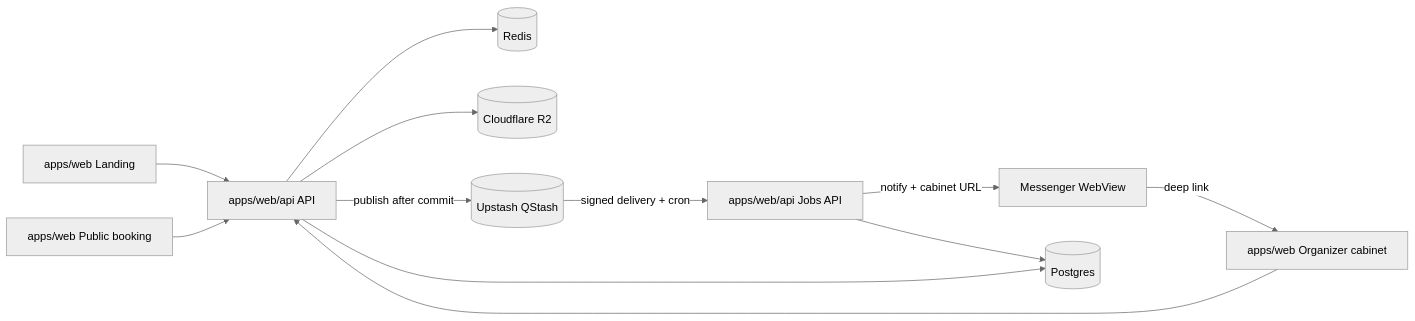
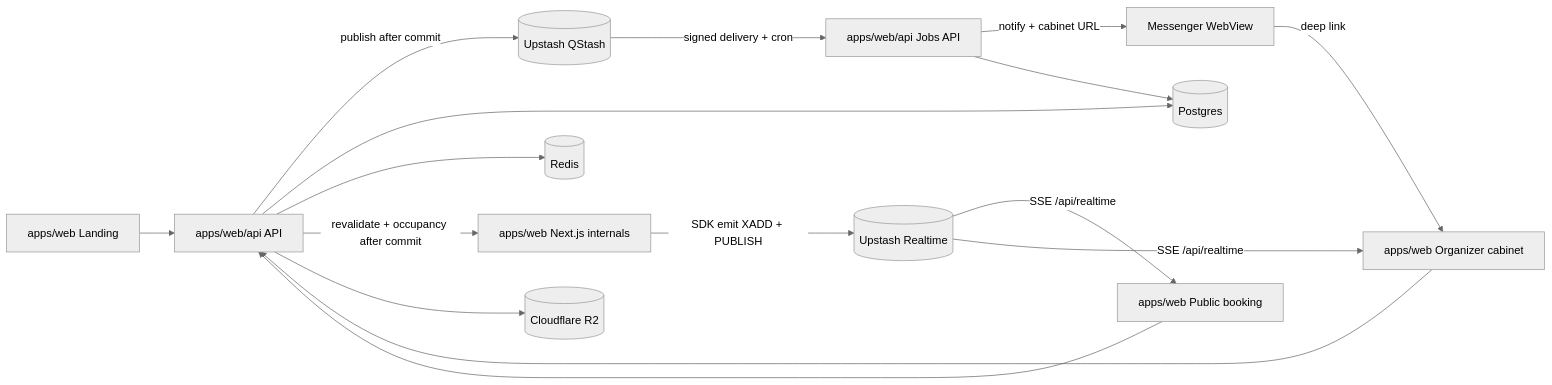
The diagram in docs/architecture.md (RM66/count-me-in), drawn with Mermaid (neutral theme) before and after one commit. The commit also changed other lines of this file and 81 other files, not shown here.

````diff
--- a/docs/architecture.md
+++ b/docs/architecture.md
@@ -19,25 +19,31 @@
 ```mermaid
 flowchart LR
   Landing[apps/web Landing]
   Public[apps/web Public booking]
   Cabinet[apps/web Organizer cabinet]
   Messenger[Messenger WebView]
   API[apps/web/api API]
   Jobs[apps/web/api Jobs API]
   DB[(Postgres)]
   Redis[(Redis)]
   R2[(Cloudflare R2)]
   QStash[(Upstash QStash)]
+  Realtime[(Upstash Realtime)]
+  Next[apps/web Next.js internals]
 
   Landing --> API
   Public --> API
   Cabinet --> API
   Messenger -->|"deep link"| Cabinet
   API -->|"publish after commit"| QStash
   QStash -->|"signed delivery + cron"| Jobs
   Jobs -->|"notify + cabinet URL"| Messenger
   Jobs --> DB
   API --> DB
   API --> Redis
+  API -->|"revalidate + occupancy after commit"| Next
+  Next -->|"SDK emit XADD + PUBLISH"| Realtime
+  Realtime -->|"SSE /api/realtime"| Public
+  Realtime -->|"SSE /api/realtime"| Cabinet
   API --> R2
 ```
````
